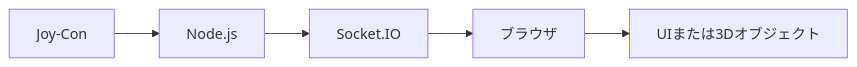
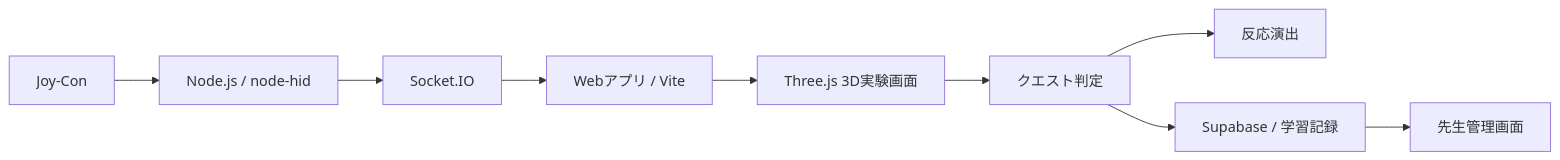
One commit to indo40722/joycon-web-input-demo changed the diagram in README.md. Above: the diagram before and after it, drawn with Mermaid. The commit also changed other lines of this file, not shown here.

````diff
--- a/README.md
+++ b/README.md
@@ -17,7 +19,11 @@
 ```mermaid
 flowchart LR
-  A[Joy-Con] --> B[Node.js]
+  A[Joy-Con] --> B[Node.js / node-hid]
   B --> C[Socket.IO]
-  C --> D[ブラウザ]
-  D --> E[UIまたは3Dオブジェクト]
+  C --> D[Webアプリ / Vite]
+  D --> E[Three.js 3D実験画面]
+  E --> F[クエスト判定]
+  F --> G[反応演出]
+  F --> H[Supabase / 学習記録]
+  H --> I[先生管理画面]
 ```
````
